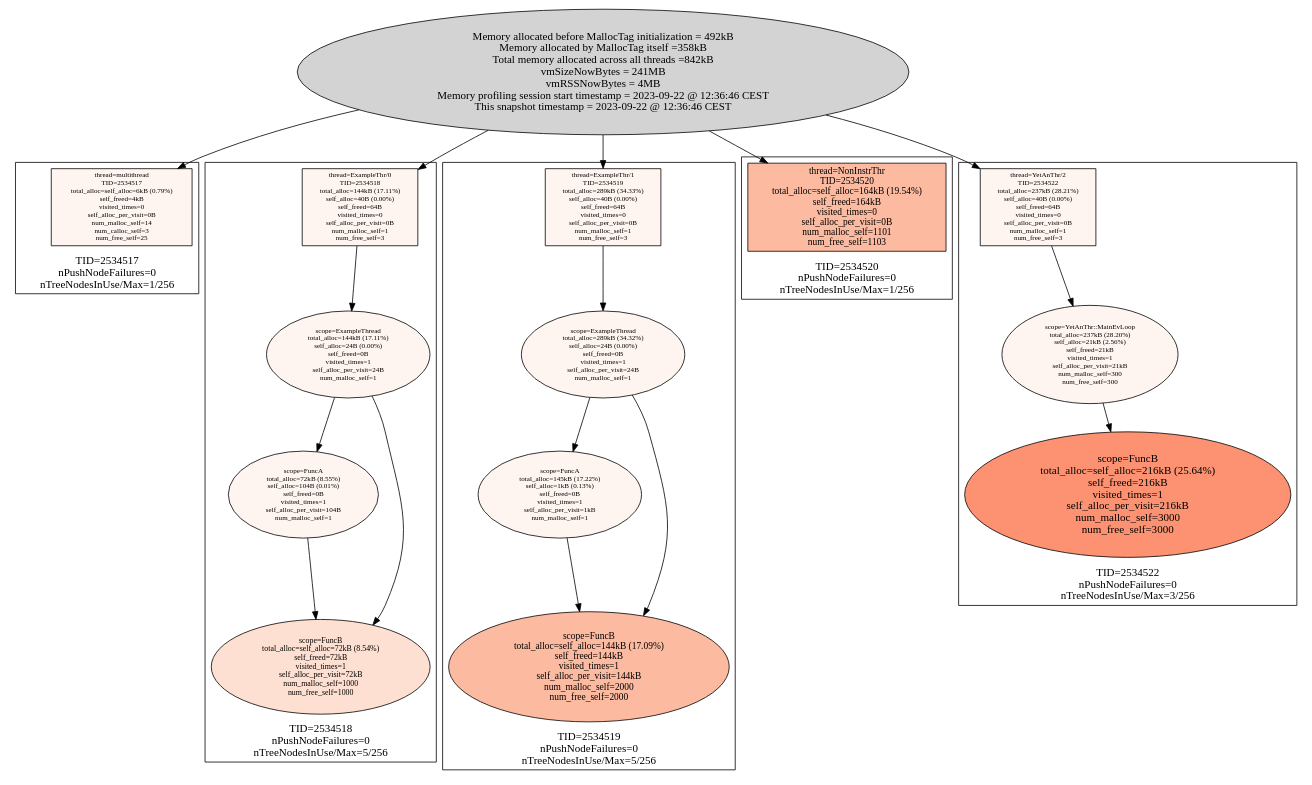
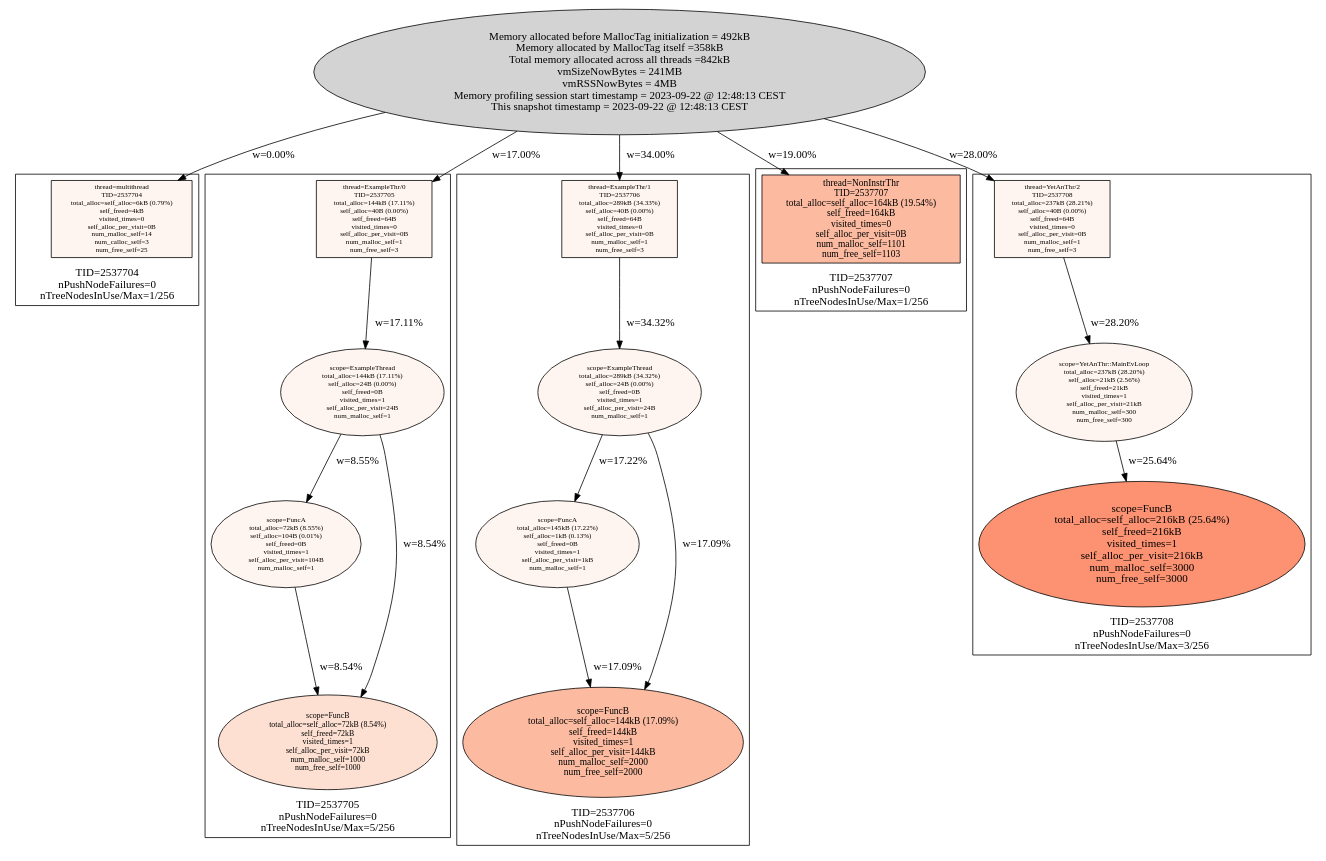
Before and after one commit to f18m/malloc-tag: the diagram in examples/multithread/multithread_stats.dot, drawn with Graphviz. The commit also changed 9 other files, not shown here.

```diff
--- a/examples/multithread/multithread_stats.dot
+++ b/examples/multithread/multithread_stats.dot
@@ -1,80 +1,80 @@
 digraph AllMallocTrees {
  node [colorscheme=reds9 style=filled]
-  "Process 2534517" [label="Memory allocated before MallocTag initialization = 492kB\nMemory allocated by MallocTag itself =358kB\nTotal memory allocated across all threads =842kB\nvmSizeNowBytes = 241MB\nvmRSSNowBytes = 4MB\nMemory profiling session start timestamp = 2023-09-22 @ 12:36:46 CEST\nThis snapshot timestamp = 2023-09-22 @ 12:36:46 CEST\n"
+  "Process 2537704" [label="Memory allocated before MallocTag initialization = 492kB\nMemory allocated by MallocTag itself =358kB\nTotal memory allocated across all threads =842kB\nvmSizeNowBytes = 241MB\nvmRSSNowBytes = 4MB\nMemory profiling session start timestamp = 2023-09-22 @ 12:48:13 CEST\nThis snapshot timestamp = 2023-09-22 @ 12:48:13 CEST\n"
 ]
- subgraph cluster_TID2534517 {
+ subgraph cluster_TID2537704 {
   node [colorscheme=reds9 style=filled]
   labelloc="b"
-  label="TID=2534517\nnPushNodeFailures=0\nnTreeNodesInUse/Max=1/256\n"
-  "2534517_multithread" [label="thread=multithread\nTID=2534517\ntotal_alloc=self_alloc=6kB (0.79%)\nself_freed=4kB\nvisited_times=0\nself_alloc_per_visit=0B\nnum_malloc_self=14\nnum_calloc_self=3\nnum_free_self=25\n"
+  label="TID=2537704\nnPushNodeFailures=0\nnTreeNodesInUse/Max=1/256\n"
+  "2537704_multithread" [label="thread=multithread\nTID=2537704\ntotal_alloc=self_alloc=6kB (0.79%)\nself_freed=4kB\nvisited_times=0\nself_alloc_per_visit=0B\nnum_malloc_self=14\nnum_calloc_self=3\nnum_free_self=25\n"
  shape=box fillcolor=1 fontsize=9]
  }
 
-  "Process 2534517" -> "2534517_multithread"
- subgraph cluster_TID2534518 {
+  "Process 2537704" -> "2537704_multithread" [label="w=0.00%"]
+ subgraph cluster_TID2537705 {
   node [colorscheme=reds9 style=filled]
   labelloc="b"
-  label="TID=2534518\nnPushNodeFailures=0\nnTreeNodesInUse/Max=5/256\n"
-  "2534518_ExampleThr/0" [label="thread=ExampleThr/0\nTID=2534518\ntotal_alloc=144kB (17.11%)\nself_alloc=40B (0.00%)\nself_freed=64B\nvisited_times=0\nself_alloc_per_visit=0B\nnum_malloc_self=1\nnum_free_self=3\n"
+  label="TID=2537705\nnPushNodeFailures=0\nnTreeNodesInUse/Max=5/256\n"
+  "2537705_ExampleThr/0" [label="thread=ExampleThr/0\nTID=2537705\ntotal_alloc=144kB (17.11%)\nself_alloc=40B (0.00%)\nself_freed=64B\nvisited_times=0\nself_alloc_per_visit=0B\nnum_malloc_self=1\nnum_free_self=3\n"
  shape=box fillcolor=1 fontsize=9]
-  "2534518_ExampleThr/0" -> "2534518_ExampleThread"
-  "2534518_ExampleThread" [label="scope=ExampleThread\ntotal_alloc=144kB (17.11%)\nself_alloc=24B (0.00%)\nself_freed=0B\nvisited_times=1\nself_alloc_per_visit=24B\nnum_malloc_self=1\n"
+  "2537705_ExampleThr/0" -> "2537705_ExampleThread" [label="w=17.11%"]
+  "2537705_ExampleThread" [label="scope=ExampleThread\ntotal_alloc=144kB (17.11%)\nself_alloc=24B (0.00%)\nself_freed=0B\nvisited_times=1\nself_alloc_per_visit=24B\nnum_malloc_self=1\n"
  fillcolor=1 fontsize=9]
-  "2534518_ExampleThread" -> "2534518_FuncA"
-  "2534518_ExampleThread" -> "2534518_FuncB"
-  "2534518_FuncA" [label="scope=FuncA\ntotal_alloc=72kB (8.55%)\nself_alloc=104B (0.01%)\nself_freed=0B\nvisited_times=1\nself_alloc_per_visit=104B\nnum_malloc_self=1\n"
+  "2537705_ExampleThread" -> "2537705_FuncA" [label="w=8.55%"]
+  "2537705_ExampleThread" -> "2537705_FuncB" [label="w=8.54%"]
+  "2537705_FuncA" [label="scope=FuncA\ntotal_alloc=72kB (8.55%)\nself_alloc=104B (0.01%)\nself_freed=0B\nvisited_times=1\nself_alloc_per_visit=104B\nnum_malloc_self=1\n"
  fillcolor=1 fontsize=9]
-  "2534518_FuncA" -> "2534518_FuncB"
-  "2534518_FuncB" [label="scope=FuncB\ntotal_alloc=self_alloc=72kB (8.54%)\nself_freed=72kB\nvisited_times=1\nself_alloc_per_visit=72kB\nnum_malloc_self=1000\nnum_free_self=1000\n"
+  "2537705_FuncA" -> "2537705_FuncB" [label="w=8.54%"]
+  "2537705_FuncB" [label="scope=FuncB\ntotal_alloc=self_alloc=72kB (8.54%)\nself_freed=72kB\nvisited_times=1\nself_alloc_per_visit=72kB\nnum_malloc_self=1000\nnum_free_self=1000\n"
  fillcolor=2 fontsize=10]
-  "2534518_FuncB" [label="scope=FuncB\ntotal_alloc=self_alloc=72kB (8.54%)\nself_freed=72kB\nvisited_times=1\nself_alloc_per_visit=72kB\nnum_malloc_self=1000\nnum_free_self=1000\n"
+  "2537705_FuncB" [label="scope=FuncB\ntotal_alloc=self_alloc=72kB (8.54%)\nself_freed=72kB\nvisited_times=1\nself_alloc_per_visit=72kB\nnum_malloc_self=1000\nnum_free_self=1000\n"
  fillcolor=2 fontsize=10]
  }
 
-  "Process 2534517" -> "2534518_ExampleThr/0"
- subgraph cluster_TID2534519 {
+  "Process 2537704" -> "2537705_ExampleThr/0" [label="w=17.00%"]
+ subgraph cluster_TID2537706 {
   node [colorscheme=reds9 style=filled]
   labelloc="b"
-  label="TID=2534519\nnPushNodeFailures=0\nnTreeNodesInUse/Max=5/256\n"
-  "2534519_ExampleThr/1" [label="thread=ExampleThr/1\nTID=2534519\ntotal_alloc=289kB (34.33%)\nself_alloc=40B (0.00%)\nself_freed=64B\nvisited_times=0\nself_alloc_per_visit=0B\nnum_malloc_self=1\nnum_free_self=3\n"
+  label="TID=2537706\nnPushNodeFailures=0\nnTreeNodesInUse/Max=5/256\n"
+  "2537706_ExampleThr/1" [label="thread=ExampleThr/1\nTID=2537706\ntotal_alloc=289kB (34.33%)\nself_alloc=40B (0.00%)\nself_freed=64B\nvisited_times=0\nself_alloc_per_visit=0B\nnum_malloc_self=1\nnum_free_self=3\n"
  shape=box fillcolor=1 fontsize=9]
-  "2534519_ExampleThr/1" -> "2534519_ExampleThread"
-  "2534519_ExampleThread" [label="scope=ExampleThread\ntotal_alloc=289kB (34.32%)\nself_alloc=24B (0.00%)\nself_freed=0B\nvisited_times=1\nself_alloc_per_visit=24B\nnum_malloc_self=1\n"
+  "2537706_ExampleThr/1" -> "2537706_ExampleThread" [label="w=34.32%"]
+  "2537706_ExampleThread" [label="scope=ExampleThread\ntotal_alloc=289kB (34.32%)\nself_alloc=24B (0.00%)\nself_freed=0B\nvisited_times=1\nself_alloc_per_visit=24B\nnum_malloc_self=1\n"
  fillcolor=1 fontsize=9]
-  "2534519_ExampleThread" -> "2534519_FuncA"
-  "2534519_ExampleThread" -> "2534519_FuncB"
-  "2534519_FuncA" [label="scope=FuncA\ntotal_alloc=145kB (17.22%)\nself_alloc=1kB (0.13%)\nself_freed=0B\nvisited_times=1\nself_alloc_per_visit=1kB\nnum_malloc_self=1\n"
+  "2537706_ExampleThread" -> "2537706_FuncA" [label="w=17.22%"]
+  "2537706_ExampleThread" -> "2537706_FuncB" [label="w=17.09%"]
+  "2537706_FuncA" [label="scope=FuncA\ntotal_alloc=145kB (17.22%)\nself_alloc=1kB (0.13%)\nself_freed=0B\nvisited_times=1\nself_alloc_per_visit=1kB\nnum_malloc_self=1\n"
  fillcolor=1 fontsize=9]
-  "2534519_FuncA" -> "2534519_FuncB"
-  "2534519_FuncB" [label="scope=FuncB\ntotal_alloc=self_alloc=144kB (17.09%)\nself_freed=144kB\nvisited_times=1\nself_alloc_per_visit=144kB\nnum_malloc_self=2000\nnum_free_self=2000\n"
+  "2537706_FuncA" -> "2537706_FuncB" [label="w=17.09%"]
+  "2537706_FuncB" [label="scope=FuncB\ntotal_alloc=self_alloc=144kB (17.09%)\nself_freed=144kB\nvisited_times=1\nself_alloc_per_visit=144kB\nnum_malloc_self=2000\nnum_free_self=2000\n"
  fillcolor=3 fontsize=12]
-  "2534519_FuncB" [label="scope=FuncB\ntotal_alloc=self_alloc=144kB (17.09%)\nself_freed=144kB\nvisited_times=1\nself_alloc_per_visit=144kB\nnum_malloc_self=2000\nnum_free_self=2000\n"
+  "2537706_FuncB" [label="scope=FuncB\ntotal_alloc=self_alloc=144kB (17.09%)\nself_freed=144kB\nvisited_times=1\nself_alloc_per_visit=144kB\nnum_malloc_self=2000\nnum_free_self=2000\n"
  fillcolor=3 fontsize=12]
  }
 
-  "Process 2534517" -> "2534519_ExampleThr/1"
- subgraph cluster_TID2534520 {
+  "Process 2537704" -> "2537706_ExampleThr/1" [label="w=34.00%"]
+ subgraph cluster_TID2537707 {
   node [colorscheme=reds9 style=filled]
   labelloc="b"
-  label="TID=2534520\nnPushNodeFailures=0\nnTreeNodesInUse/Max=1/256\n"
-  "2534520_NonInstrThr" [label="thread=NonInstrThr\nTID=2534520\ntotal_alloc=self_alloc=164kB (19.54%)\nself_freed=164kB\nvisited_times=0\nself_alloc_per_visit=0B\nnum_malloc_self=1101\nnum_free_self=1103\n"
+  label="TID=2537707\nnPushNodeFailures=0\nnTreeNodesInUse/Max=1/256\n"
+  "2537707_NonInstrThr" [label="thread=NonInstrThr\nTID=2537707\ntotal_alloc=self_alloc=164kB (19.54%)\nself_freed=164kB\nvisited_times=0\nself_alloc_per_visit=0B\nnum_malloc_self=1101\nnum_free_self=1103\n"
  shape=box fillcolor=3 fontsize=12]
  }
 
-  "Process 2534517" -> "2534520_NonInstrThr"
- subgraph cluster_TID2534522 {
+  "Process 2537704" -> "2537707_NonInstrThr" [label="w=19.00%"]
+ subgraph cluster_TID2537708 {
   node [colorscheme=reds9 style=filled]
   labelloc="b"
-  label="TID=2534522\nnPushNodeFailures=0\nnTreeNodesInUse/Max=3/256\n"
-  "2534522_YetAnThr/2" [label="thread=YetAnThr/2\nTID=2534522\ntotal_alloc=237kB (28.21%)\nself_alloc=40B (0.00%)\nself_freed=64B\nvisited_times=0\nself_alloc_per_visit=0B\nnum_malloc_self=1\nnum_free_self=3\n"
+  label="TID=2537708\nnPushNodeFailures=0\nnTreeNodesInUse/Max=3/256\n"
+  "2537708_YetAnThr/2" [label="thread=YetAnThr/2\nTID=2537708\ntotal_alloc=237kB (28.21%)\nself_alloc=40B (0.00%)\nself_freed=64B\nvisited_times=0\nself_alloc_per_visit=0B\nnum_malloc_self=1\nnum_free_self=3\n"
  shape=box fillcolor=1 fontsize=9]
-  "2534522_YetAnThr/2" -> "2534522_YetAnThr::MainEvLoop"
-  "2534522_YetAnThr::MainEvLoop" [label="scope=YetAnThr::MainEvLoop\ntotal_alloc=237kB (28.20%)\nself_alloc=21kB (2.56%)\nself_freed=21kB\nvisited_times=1\nself_alloc_per_visit=21kB\nnum_malloc_self=300\nnum_free_self=300\n"
+  "2537708_YetAnThr/2" -> "2537708_YetAnThr::MainEvLoop" [label="w=28.20%"]
+  "2537708_YetAnThr::MainEvLoop" [label="scope=YetAnThr::MainEvLoop\ntotal_alloc=237kB (28.20%)\nself_alloc=21kB (2.56%)\nself_freed=21kB\nvisited_times=1\nself_alloc_per_visit=21kB\nnum_malloc_self=300\nnum_free_self=300\n"
  fillcolor=1 fontsize=9]
-  "2534522_YetAnThr::MainEvLoop" -> "2534522_FuncB"
-  "2534522_FuncB" [label="scope=FuncB\ntotal_alloc=self_alloc=216kB (25.64%)\nself_freed=216kB\nvisited_times=1\nself_alloc_per_visit=216kB\nnum_malloc_self=3000\nnum_free_self=3000\n"
+  "2537708_YetAnThr::MainEvLoop" -> "2537708_FuncB" [label="w=25.64%"]
+  "2537708_FuncB" [label="scope=FuncB\ntotal_alloc=self_alloc=216kB (25.64%)\nself_freed=216kB\nvisited_times=1\nself_alloc_per_visit=216kB\nnum_malloc_self=3000\nnum_free_self=3000\n"
  fillcolor=4 fontsize=14]
  }
 
-  "Process 2534517" -> "2534522_YetAnThr/2"
+  "Process 2537704" -> "2537708_YetAnThr/2" [label="w=28.00%"]
 }
```
